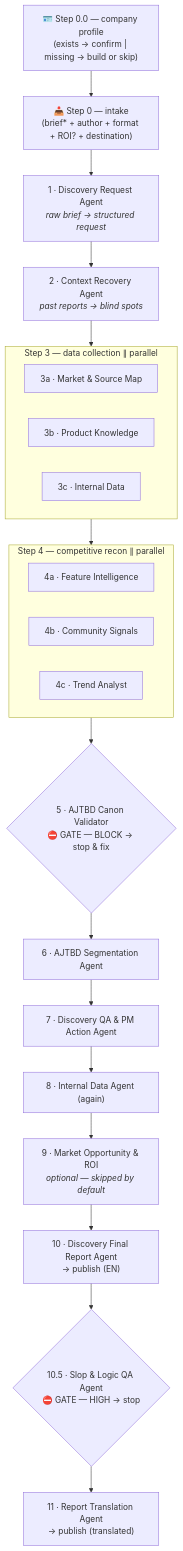
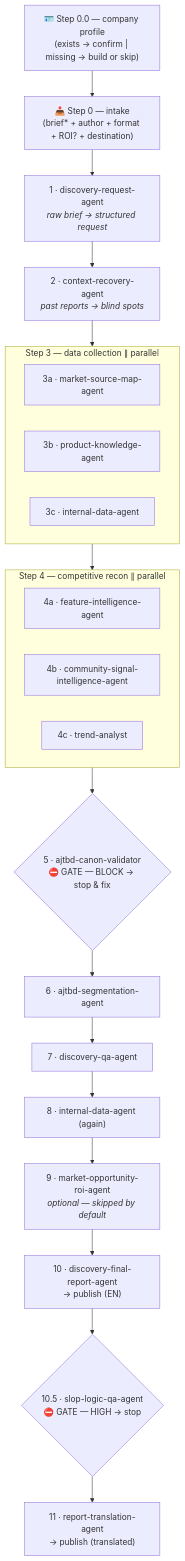
The diagram in README.md (VladislavDerkach/product-discovery-flow), drawn with Mermaid before and after one commit. The commit also changed other lines of this file and 19 other files, not shown here.

````diff
--- a/README.md
+++ b/README.md
@@ -28,32 +28,32 @@
 ```mermaid
 flowchart TD
     B0["🪪 Step 0.0 — company profile<br/>(exists → confirm | missing → build or skip)"] --> B
     B["📥 Step 0 — intake<br/>(brief* + author + format + ROI? + destination)"] --> S1
-    S1["1 · Discovery Request Agent<br/><i>raw brief → structured request</i>"] --> S2
-    S2["2 · Context Recovery Agent<br/><i>past reports → blind spots</i>"] --> P3
+    S1["1 · discovery-request-agent<br/><i>raw brief → structured request</i>"] --> S2
+    S2["2 · context-recovery-agent<br/><i>past reports → blind spots</i>"] --> P3
 
     subgraph P3 ["Step 3 — data collection ∥ parallel"]
         direction LR
-        S3a["3a · Market & Source Map"]
-        S3b["3b · Product Knowledge"]
-        S3c["3c · Internal Data"]
+        S3a["3a · market-source-map-agent"]
+        S3b["3b · product-knowledge-agent"]
+        S3c["3c · internal-data-agent"]
     end
     P3 --> P4
 
     subgraph P4 ["Step 4 — competitive recon ∥ parallel"]
         direction LR
-        S4a["4a · Feature Intelligence"]
-        S4b["4b · Community Signals"]
-        S4c["4c · Trend Analyst"]
+        S4a["4a · feature-intelligence-agent"]
+        S4b["4b · community-signal-intelligence-agent"]
+        S4c["4c · trend-analyst"]
     end
     P4 --> G5
 
-    G5{"5 · AJTBD Canon Validator<br/>⛔ GATE — BLOCK → stop & fix"} --> S6
-    S6["6 · AJTBD Segmentation Agent"] --> S7
-    S7["7 · Discovery QA & PM Action Agent"] --> S8
-    S8["8 · Internal Data Agent (again)"] --> S9
-    S9["9 · Market Opportunity & ROI<br/><i>optional — skipped by default</i>"] --> S10
-    S10["10 · Discovery Final Report Agent<br/>→ publish (EN)"] --> G105
-    G105{"10.5 · Slop & Logic QA Agent<br/>⛔ GATE — HIGH → stop"} --> S11
-    S11["11 · Report Translation Agent<br/>→ publish (translated)"]
+    G5{"5 · ajtbd-canon-validator<br/>⛔ GATE — BLOCK → stop & fix"} --> S6
+    S6["6 · ajtbd-segmentation-agent"] --> S7
+    S7["7 · discovery-qa-agent"] --> S8
+    S8["8 · internal-data-agent (again)"] --> S9
+    S9["9 · market-opportunity-roi-agent<br/><i>optional — skipped by default</i>"] --> S10
+    S10["10 · discovery-final-report-agent<br/>→ publish (EN)"] --> G105
+    G105{"10.5 · slop-logic-qa-agent<br/>⛔ GATE — HIGH → stop"} --> S11
+    S11["11 · report-translation-agent<br/>→ publish (translated)"]
 ```
````
